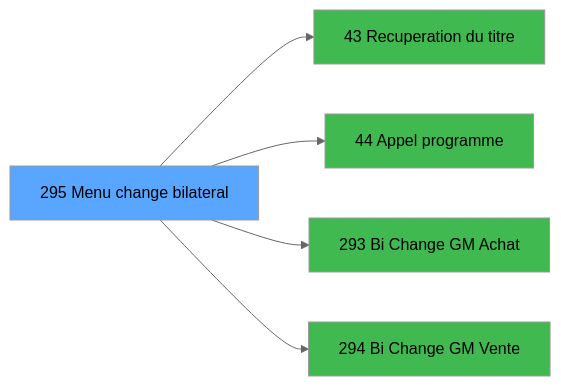
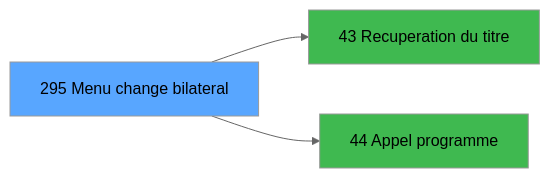
The third of 3 diagrams in .openspec/specs/ADH-IDE-295.md (thonyAGP/magic-migration), drawn with Mermaid (neutral theme) before and after one commit. The commit also changed other lines of this file and 493 other files, not shown here.

````diff
--- a/.openspec/specs/ADH-IDE-295.md
+++ b/.openspec/specs/ADH-IDE-295.md
@@ -494,17 +526,11 @@
 ```mermaid
 graph LR
     T295[295 Menu change bilateral]
     style T295 fill:#58a6ff
     C43[43 Recuperation du titre]
     T295 --> C43
     style C43 fill:#3fb950
     C44[44 Appel programme]
     T295 --> C44
     style C44 fill:#3fb950
-    C293[293 Bi Change GM Achat]
-    T295 --> C293
-    style C293 fill:#3fb950
-    C294[294 Bi Change GM Vente]
-    T295 --> C294
-    style C294 fill:#3fb950
 ```
````
